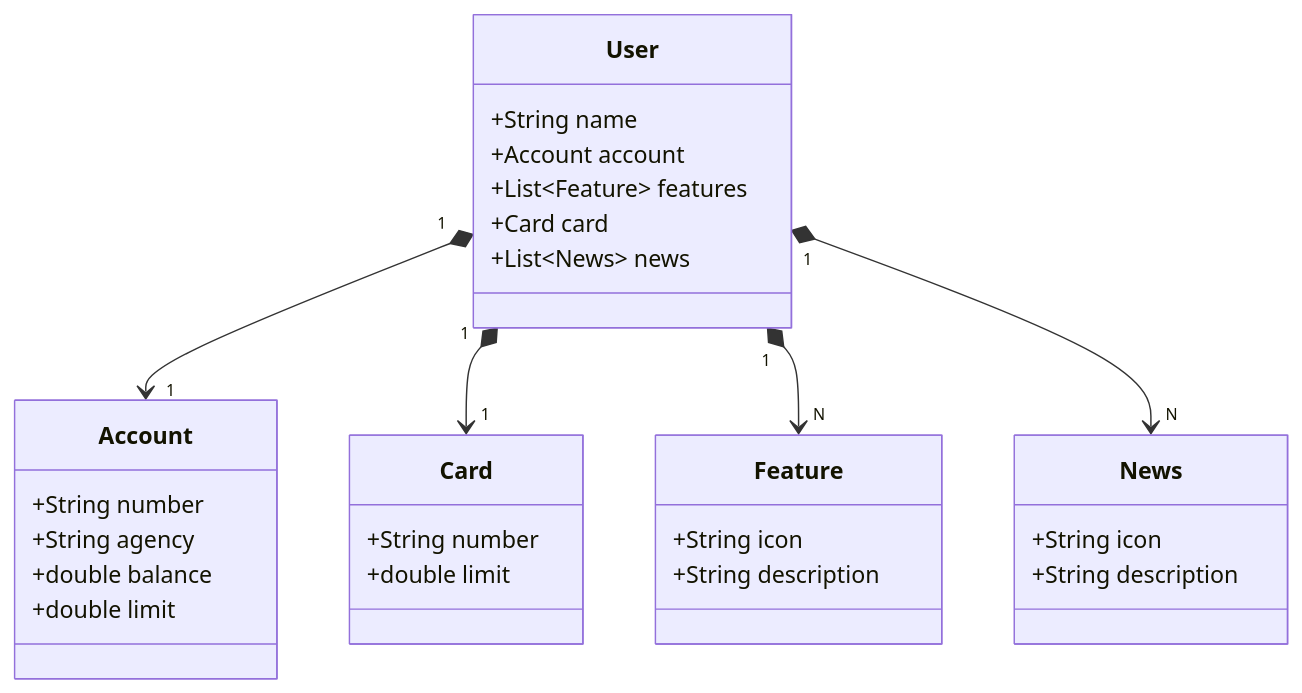
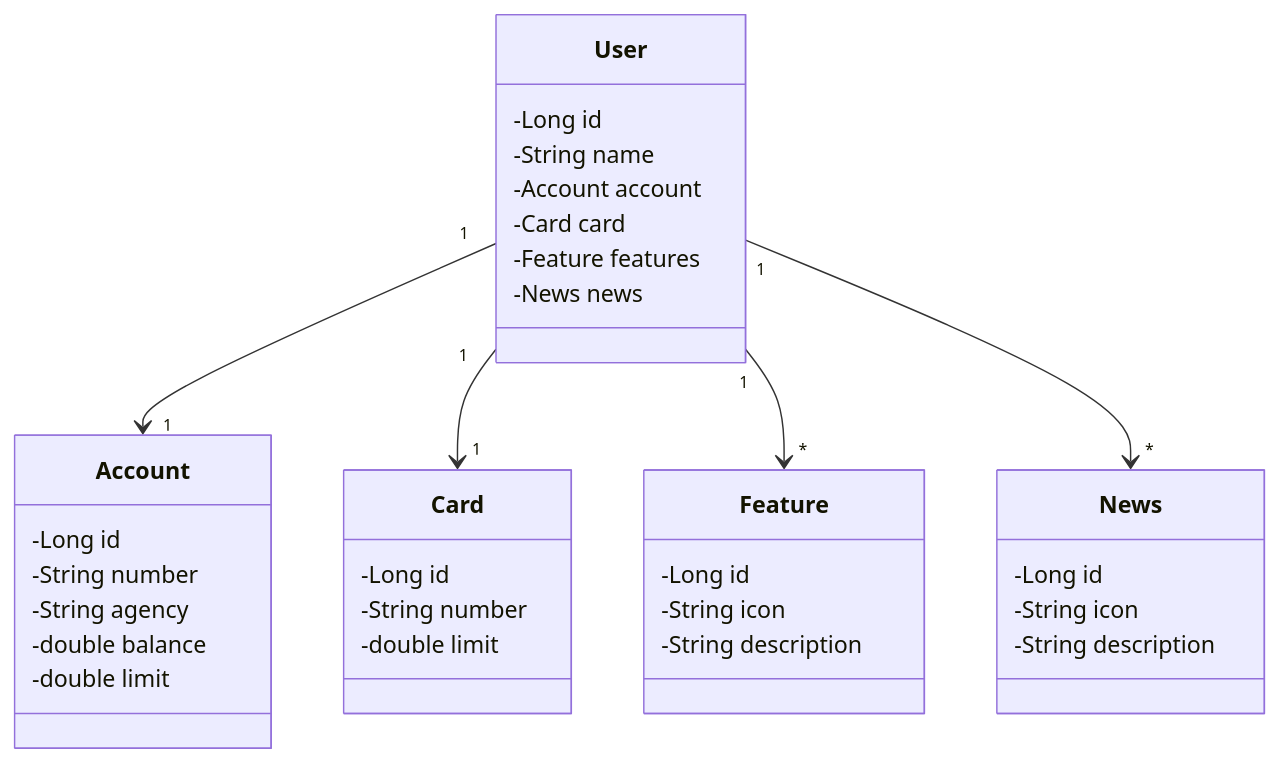
One commit to AndersonChavesS/API-REST-FULL-Java-SpringBoot changed the diagram in README.md. Above: the diagram before and after it, drawn with Mermaid.

Commit message:
Refactor: ajustando modelagem das entidades, e acrescentando os identificadores para cada entidade

````diff
--- a/README.md
+++ b/README.md
@@ -6,37 +6,43 @@
 ```mermaid
 classDiagram
     class User {
-        +String name
-        +Account account
-        +List~Feature~ features
-        +Card card
-        +List~News~ news
+        -Long id
+        -String name
+        -Account account
+        -Card card
+        -Feature features
+        -News news
     }
 
     class Account {
-        +String number
-        +String agency
-        +double balance
-        +double limit
+        -Long id
+        -String number
+        -String agency
+        -double balance
+        -double limit
     }
 
     class Feature {
-        +String icon
-        +String description
+        -Long id
+        -String icon
+        -String description
     }
 
     class Card {
-        +String number
-        +double limit
+        -Long id
+        -String number
+        -double limit
     }
 
     class News {
-        +String icon
-        +String description
+        -Long id
+        -String icon
+        -String description
     }
 
-    User "1" *--> "1" Account
-    User "1" *--> "1" Card
-    User "1" *--> "N" Feature
-    User "1" *--> "N" News
+    User "1" --> "1" Account
+    User "1" --> "1" Card
+    User "1" --> "*" Feature
+    User "1" --> "*" News
+
 ```
````
